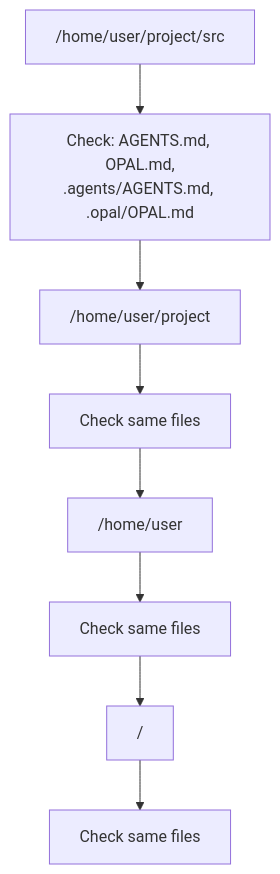
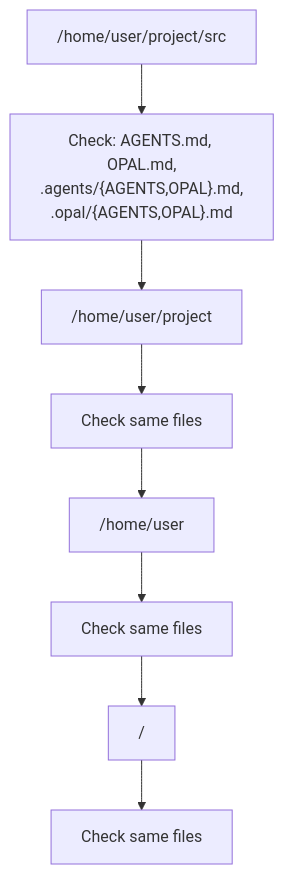
One commit to matteing/opal changed the first of 3 diagrams in docs/system-prompt.md. Above: the diagram before and after it, drawn with Mermaid. The commit also changed other lines of this file and 37 other files, not shown here.

````diff
--- a/docs/system-prompt.md
+++ b/docs/system-prompt.md
@@ -80,10 +82,10 @@
 ```mermaid
 graph TD
-    WD["/home/user/project/src"] --> P1["Check: AGENTS.md, OPAL.md,<br/>.agents/AGENTS.md, .opal/OPAL.md"]
+    WD["/home/user/project/src"] --> P1["Check: AGENTS.md, OPAL.md,<br/>.agents/{AGENTS,OPAL}.md,<br/>.opal/{AGENTS,OPAL}.md"]
     P1 --> UP1["/home/user/project"]
     UP1 --> P2["Check same files"]
     P2 --> UP2["/home/user"]
     UP2 --> P3["Check same files"]
     P3 --> ROOT["/"]
     ROOT --> P4["Check same files"]
 ```
````
